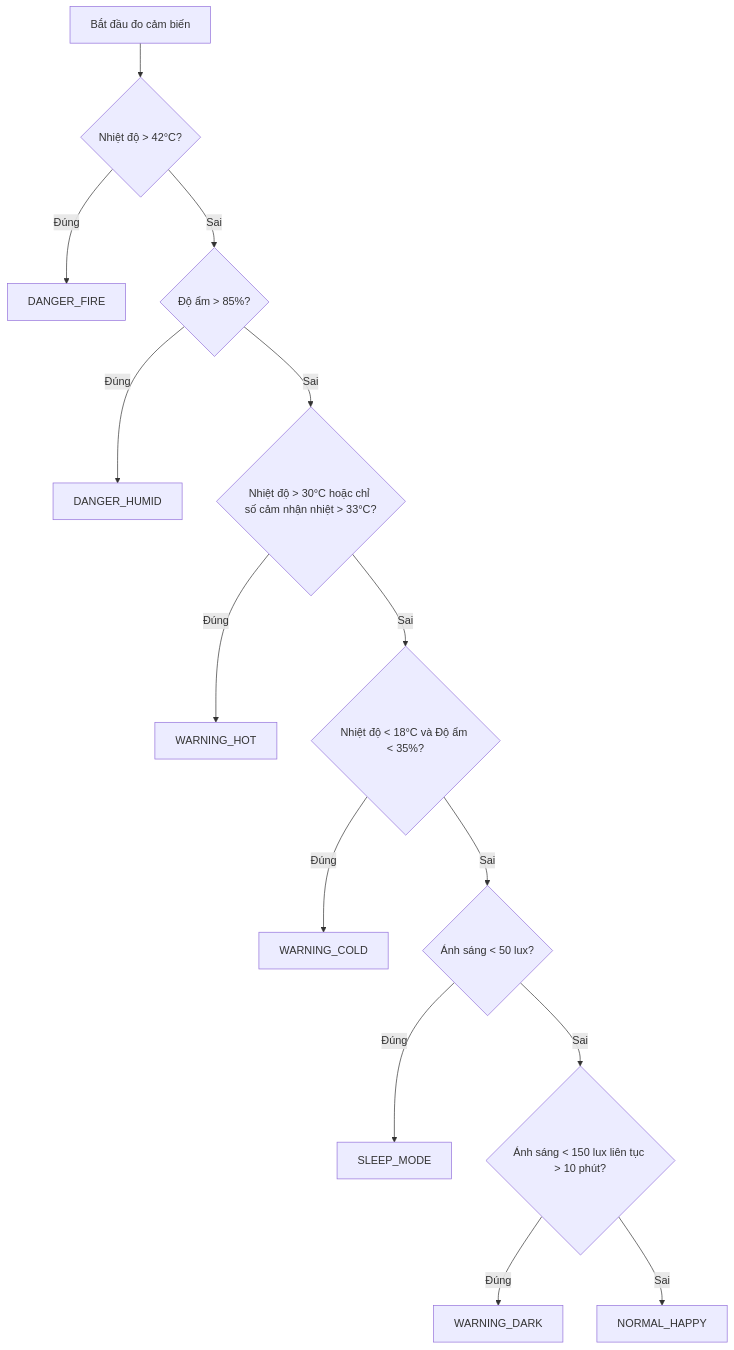
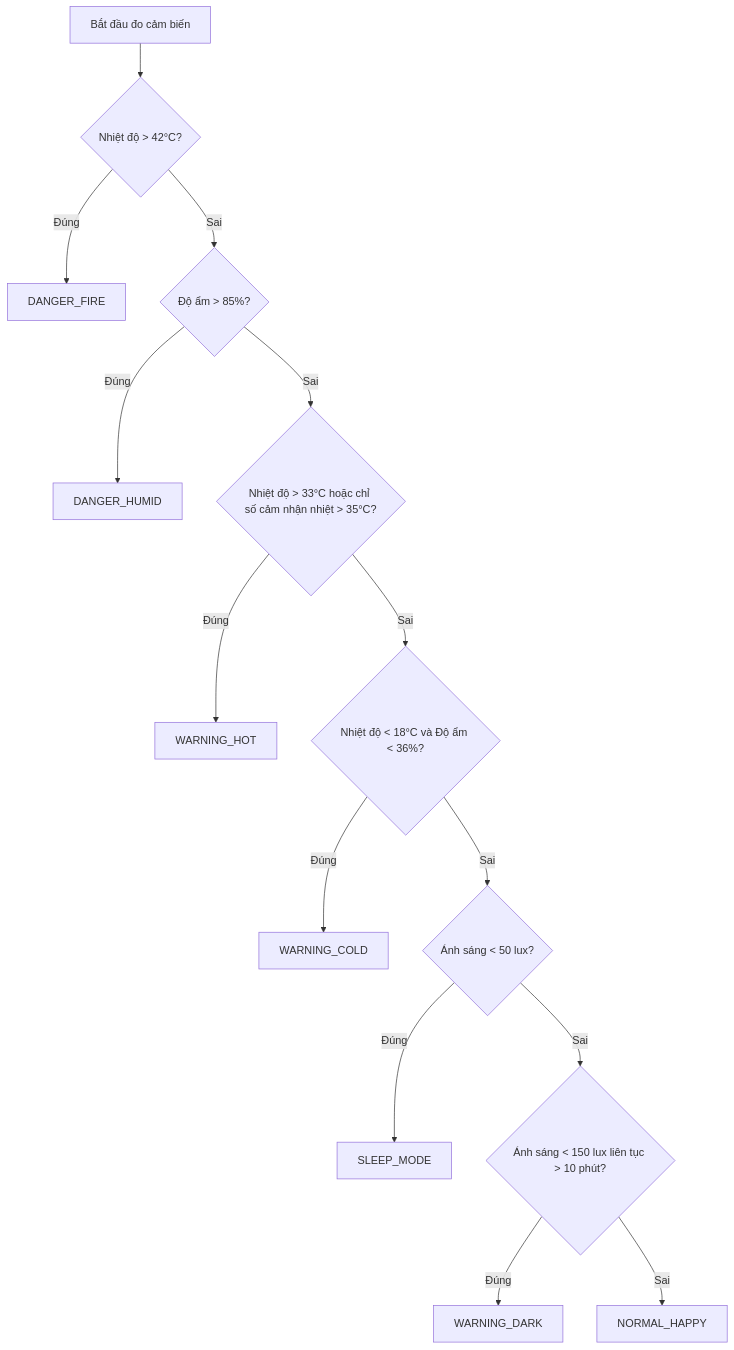
The diagram in robot_documentation.md (yapanio/IOT-DeskPet), drawn with Mermaid before and after one commit. The commit also changed other lines of this file and 1 other file, not shown here.

Commit message:
docs: update weather thresholds in documentation files to match controller.h

````diff
--- a/robot_documentation.md
+++ b/robot_documentation.md
@@ -52,16 +52,16 @@
 ```mermaid
 graph TD
     A[Bắt đầu đo cảm biến] --> B{Nhiệt độ > 42°C?}
     B -- Đúng --> C[DANGER_FIRE]
     B -- Sai --> D{Độ ẩm > 85%?}
     D -- Đúng --> E[DANGER_HUMID]
-    D -- Sai --> F{Nhiệt độ > 30°C hoặc chỉ số cảm nhận nhiệt > 33°C?}
+    D -- Sai --> F{Nhiệt độ > 33°C hoặc chỉ số cảm nhận nhiệt > 35°C?}
     F -- Đúng --> G[WARNING_HOT]
-    F -- Sai --> H{Nhiệt độ < 18°C và Độ ẩm < 35%?}
+    F -- Sai --> H{Nhiệt độ < 18°C và Độ ẩm < 36%?}
     H -- Đúng --> I[WARNING_COLD]
     H -- Sai --> J{Ánh sáng < 50 lux?}
     J -- Đúng --> K[SLEEP_MODE]
     J -- Sai --> L{Ánh sáng < 150 lux liên tục > 10 phút?}
     L -- Đúng --> M[WARNING_DARK]
     L -- Sai --> N[NORMAL_HAPPY]
 ```
````
